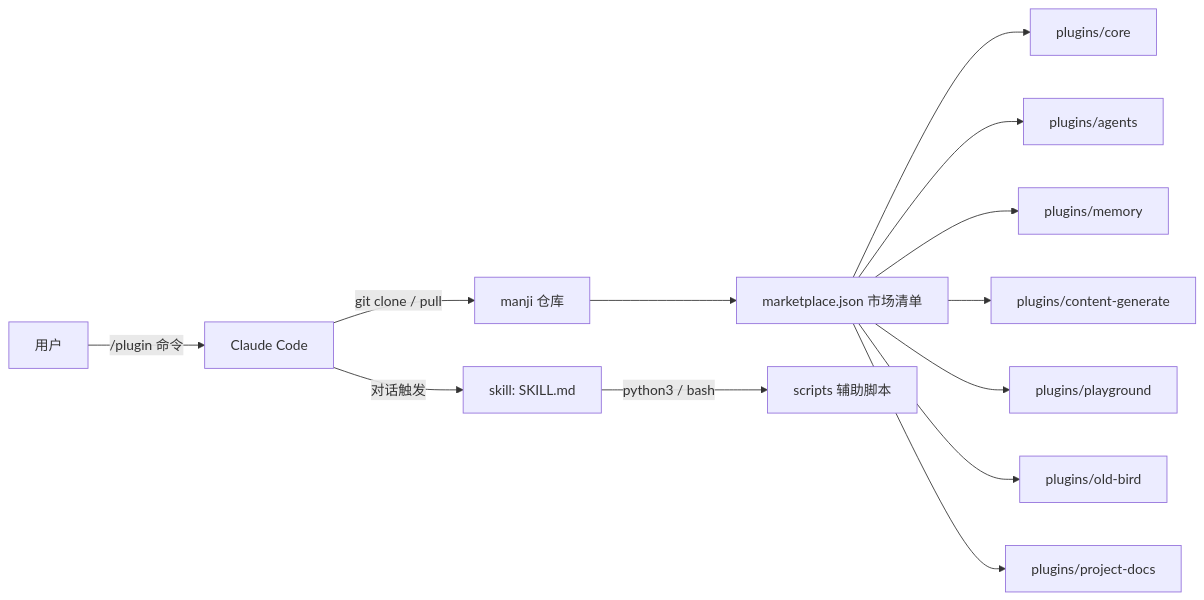
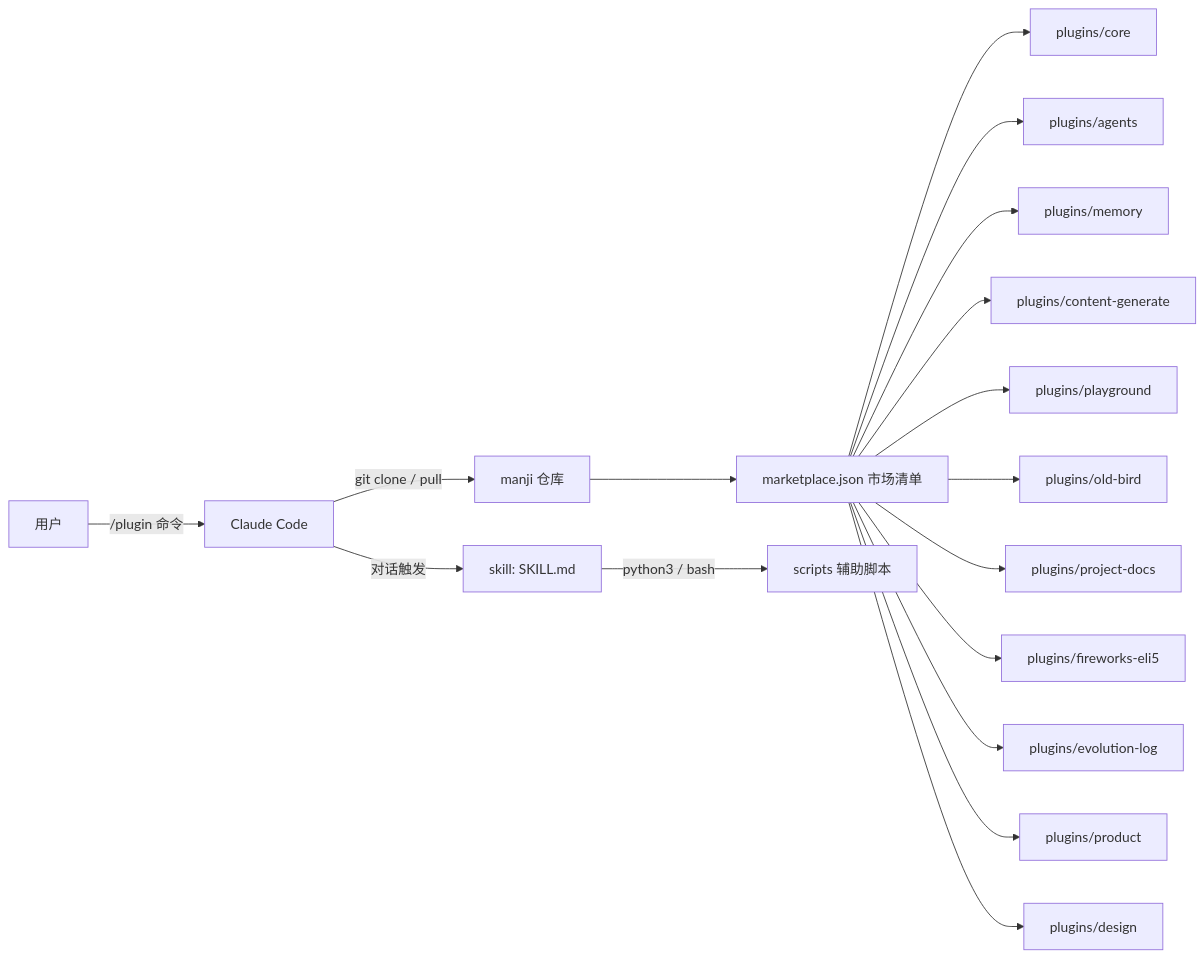
The first of 2 diagrams in docs/onboarding/02-architecture.md (kaelinda/agent-marketplace), drawn with Mermaid before and after one commit. The commit also changed other lines of this file and 49 other files, not shown here.

Commit message:
feat(fireworks-eli5): add visual technical explainer plugin

````diff
--- a/docs/onboarding/02-architecture.md
+++ b/docs/onboarding/02-architecture.md
@@ -12,15 +12,19 @@
 ```mermaid
 flowchart LR
   U[用户] -->|/plugin 命令| CC[Claude Code]
   CC -->|git clone / pull| M[manji 仓库]
   M --> MJ[marketplace.json 市场清单]
   MJ --> P1[plugins/core]
   MJ --> P2[plugins/agents]
   MJ --> P3[plugins/memory]
   MJ --> P4[plugins/content-generate]
   MJ --> P5[plugins/playground]
   MJ --> P6[plugins/old-bird]
   MJ --> P7[plugins/project-docs]
+  MJ --> P8[plugins/fireworks-eli5]
+  MJ --> P9[plugins/evolution-log]
+  MJ --> P10[plugins/product]
+  MJ --> P11[plugins/design]
   CC -->|对话触发| SK[skill: SKILL.md]
   SK -->|python3 / bash| SC[scripts 辅助脚本]
 ```
````
